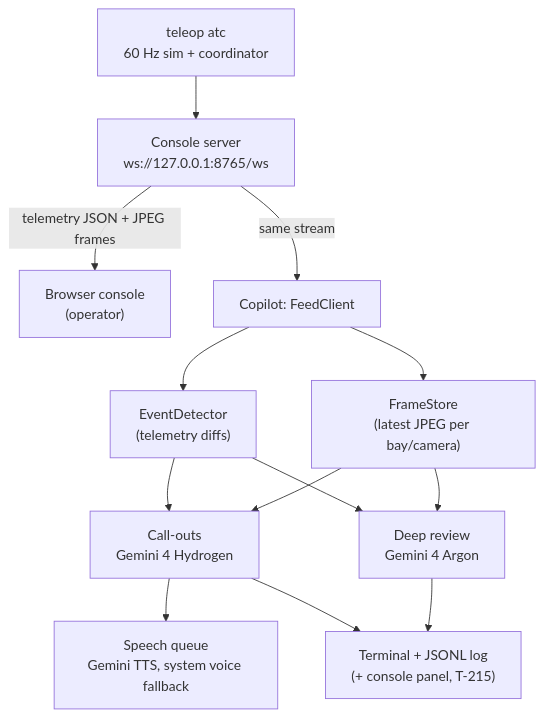
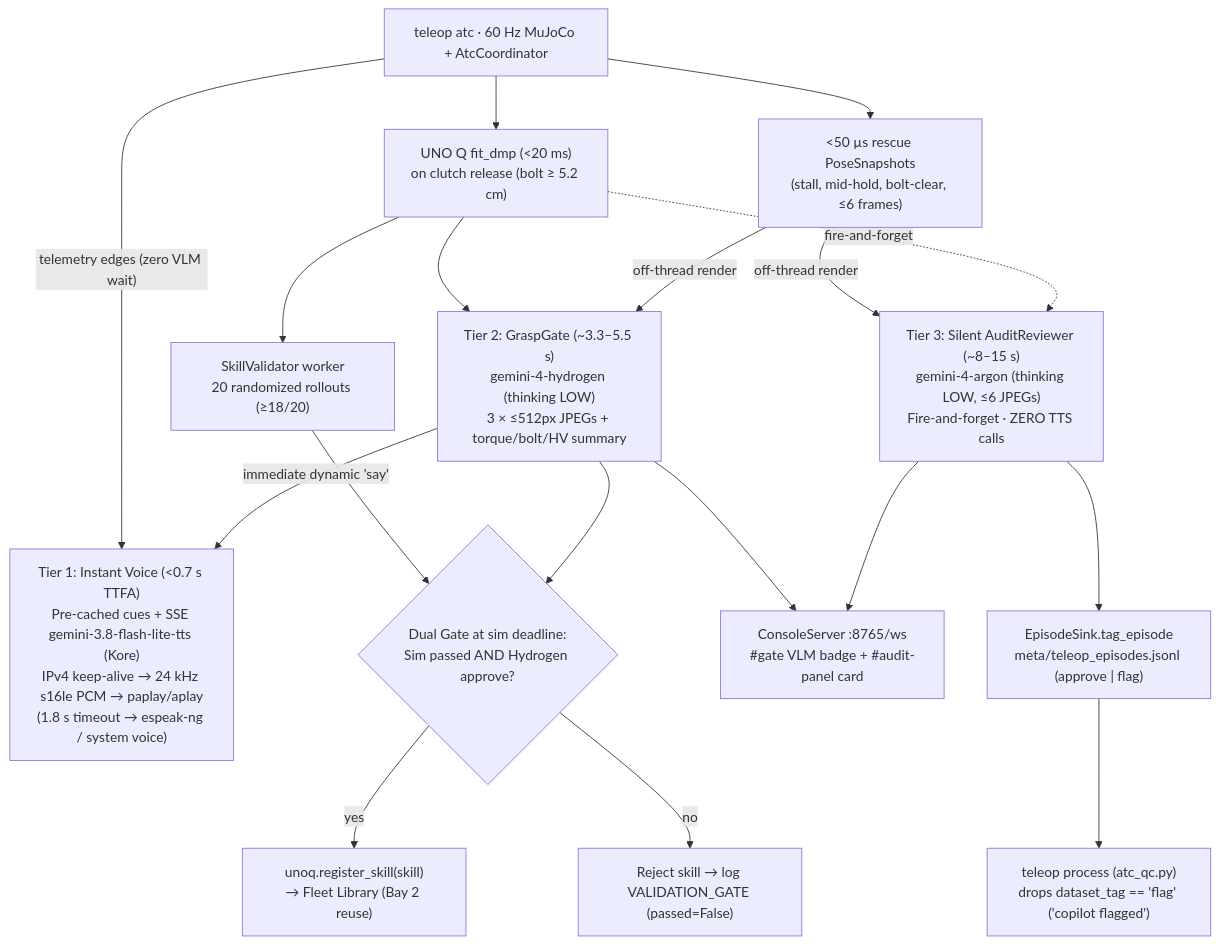
One commit to Mr-Moody/Dex-ET2 changed the diagram in docs/superpowers/plans/2026-11-14-operator-copilot-plan.md. Above: the diagram before and after it, drawn with Mermaid. The commit also changed other lines of this file and 44 other files, not shown here.

First line of the commit message:
feat(atc): three-tier Gemini operator copilot (grasp gate, Argon audit, console audit card) (#100)

````diff
--- a/docs/superpowers/plans/2026-11-14-operator-copilot-plan.md
+++ b/docs/superpowers/plans/2026-11-14-operator-copilot-plan.md
@@ -34,15 +75,33 @@
 ```mermaid
 flowchart TD
-    ATC["teleop atc<br/>60 Hz sim + coordinator"] --> SRV["Console server<br/>ws://127.0.0.1:8765/ws"]
-    SRV -->|"telemetry JSON + JPEG frames"| WEB["Browser console<br/>(operator)"]
-    SRV -->|"same stream"| FEED["Copilot: FeedClient"]
-    FEED --> DET["EventDetector<br/>(telemetry diffs)"]
-    FEED --> FR["FrameStore<br/>(latest JPEG per bay/camera)"]
-    DET --> CALL["Call-outs<br/>Gemini 4 Hydrogen"]
-    DET --> REV["Deep review<br/>Gemini 4 Argon"]
-    FR --> CALL
-    FR --> REV
-    CALL --> SPK["Speech queue<br/>Gemini TTS, system voice fallback"]
-    CALL --> OUT["Terminal + JSONL log<br/>(+ console panel, T-215)"]
-    REV --> OUT
+    LOOP["teleop atc · 60 Hz MuJoCo + AtcCoordinator"]
+    SNAP["<50 µs rescue PoseSnapshots<br/>(stall, mid-hold, bolt-clear, ≤6 frames)"]
+    DMP["UNO Q fit_dmp (&lt;20 ms)<br/>on clutch release (bolt ≥ 5.2 cm)"]
+    SIM["SkillValidator worker<br/>20 randomized rollouts (≥18/20)"]
+    T1["Tier 1: Instant Voice (&lt;0.7 s TTFA)<br/>Pre-cached cues + SSE gemini-3.8-flash-lite-tts (Kore)<br/>IPv4 keep-alive → 24 kHz s16le PCM → paplay/aplay<br/>(1.8 s timeout → espeak-ng / system voice)"]
+    T2["Tier 2: GraspGate (~3.3–5.5 s)<br/>gemini-4-hydrogen (thinking LOW)<br/>3 × ≤512px JPEGs + torque/bolt/HV summary"]
+    GATE{"Dual Gate at sim deadline:<br/>Sim passed AND Hydrogen approve?"}
+    LIB["unoq.register_skill(skill)<br/>→ Fleet Library (Bay 2 reuse)"]
+    REJ["Reject skill → log VALIDATION_GATE (passed=False)"]
+    T3["Tier 3: Silent AuditReviewer (~8–15 s)<br/>gemini-4-argon (thinking LOW, ≤6 JPEGs)<br/>Fire-and-forget · ZERO TTS calls"]
+    SRV["ConsoleServer :8765/ws<br/>#gate VLM badge + #audit-panel card"]
+    EPS["EpisodeSink.tag_episode<br/>meta/teleop_episodes.jsonl (approve | flag)"]
+    QC["teleop process (atc_qc.py)<br/>drops dataset_tag == 'flag' ('copilot flagged')"]
+
+    LOOP -->|"telemetry edges (zero VLM wait)"| T1
+    LOOP --> SNAP
+    LOOP --> DMP
+    DMP --> SIM
+    DMP --> T2
+    SNAP -->|"off-thread render"| T2
+    SNAP -->|"off-thread render"| T3
+    T2 -->|"immediate dynamic 'say'"| T1
+    SIM --> GATE
+    T2 --> GATE
+    GATE -->|yes| LIB
+    GATE -->|no| REJ
+    DMP -.->|"fire-and-forget"| T3
+    T2 --> SRV
+    T3 --> SRV
+    T3 --> EPS --> QC
 ```
````
